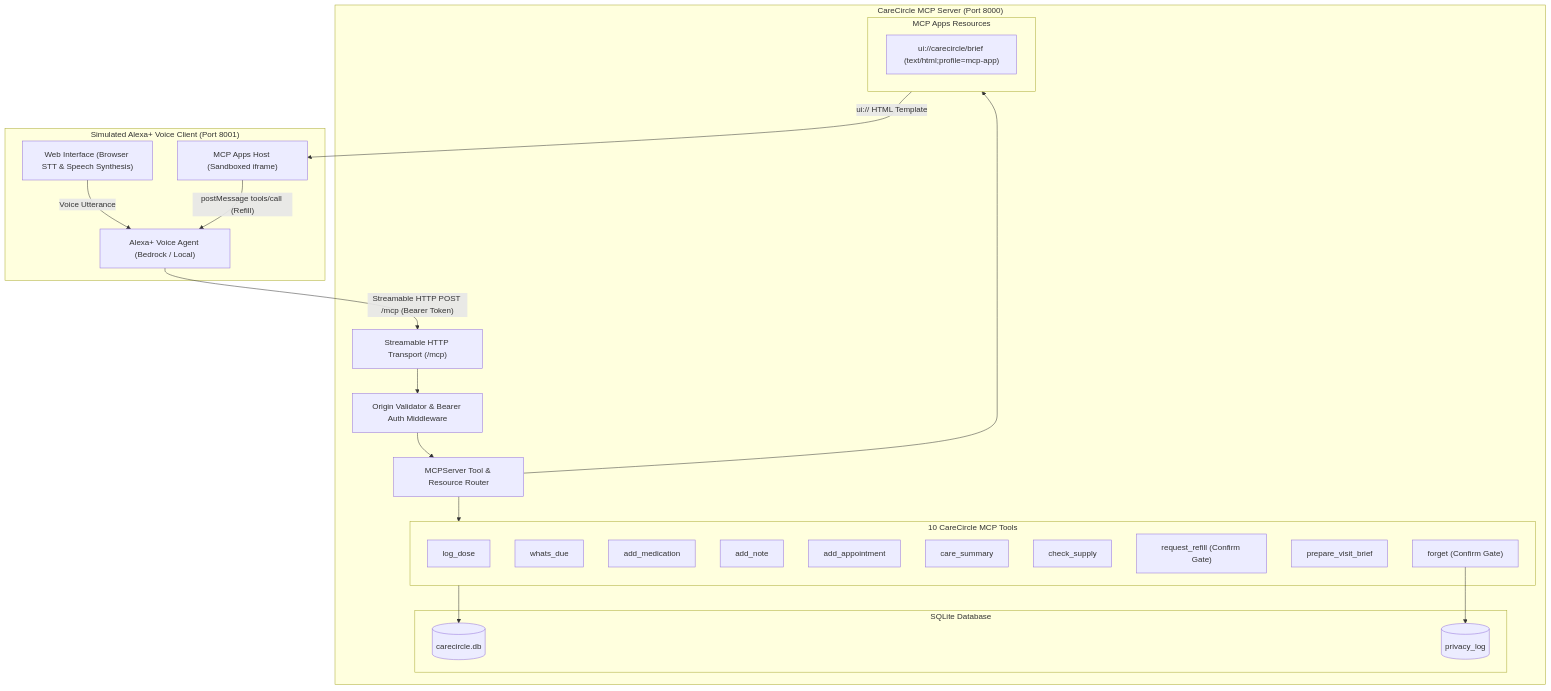
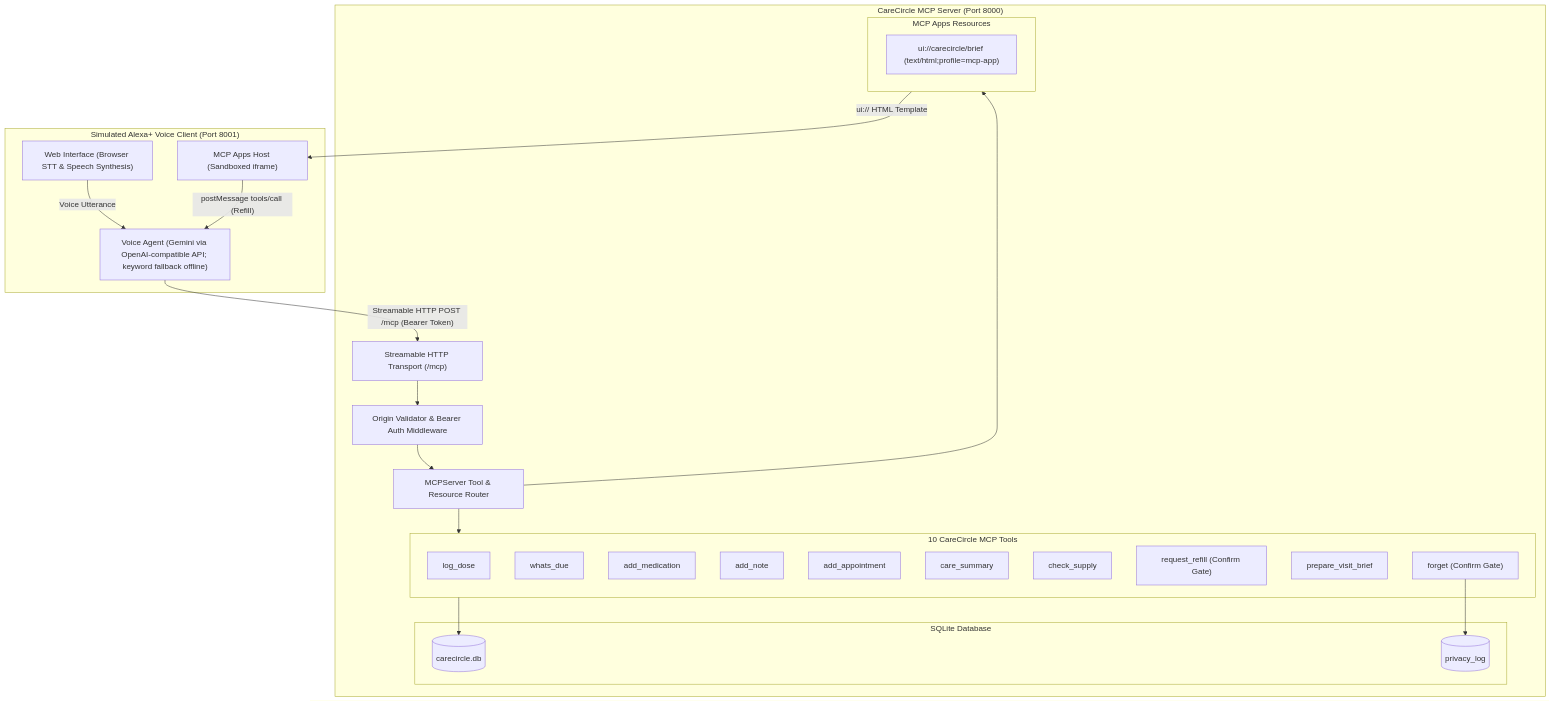
The diagram in README.md (Deepikachintamreddy/carecircle), drawn with Mermaid before and after one commit. The commit also changed other lines of this file, not shown here.

````diff
--- a/README.md
+++ b/README.md
@@ -32,47 +32,47 @@
 ```mermaid
 flowchart TD
     subgraph Client ["Simulated Alexa+ Voice Client (Port 8001)"]
         UI["Web Interface (Browser STT & Speech Synthesis)"]
         Host["MCP Apps Host (Sandboxed iframe)"]
-        Agent["Alexa+ Voice Agent (Bedrock / Local)"]
+        Agent["Voice Agent (Gemini via OpenAI-compatible API; keyword fallback offline)"]
     end
 
     subgraph Server ["CareCircle MCP Server (Port 8000)"]
         StreamHTTP["Streamable HTTP Transport (/mcp)"]
         Security["Origin Validator & Bearer Auth Middleware"]
         Router["MCPServer Tool & Resource Router"]
 
         subgraph Tools ["10 CareCircle MCP Tools"]
             T1["log_dose"]
             T2["whats_due"]
             T3["add_medication"]
             T4["add_note"]
             T5["add_appointment"]
             T6["care_summary"]
             T7["check_supply"]
             T8["request_refill (Confirm Gate)"]
             T9["prepare_visit_brief"]
             T10["forget (Confirm Gate)"]
         end
 
         subgraph Resources ["MCP Apps Resources"]
             R1["ui://carecircle/brief (text/html;profile=mcp-app)"]
         end
 
         subgraph Storage ["SQLite Database"]
             DB[(carecircle.db)]
             PLOG[(privacy_log)]
         end
     end
 
     UI -->|"Voice Utterance"| Agent
     Agent -->|"Streamable HTTP POST /mcp (Bearer Token)"| StreamHTTP
     StreamHTTP --> Security
     Security --> Router
     Router --> Tools
     Router --> Resources
     Tools --> DB
     T10 --> PLOG
     Resources -->|"ui:// HTML Template"| Host
     Host -->|"postMessage tools/call (Refill)"| Agent
 ```
````
